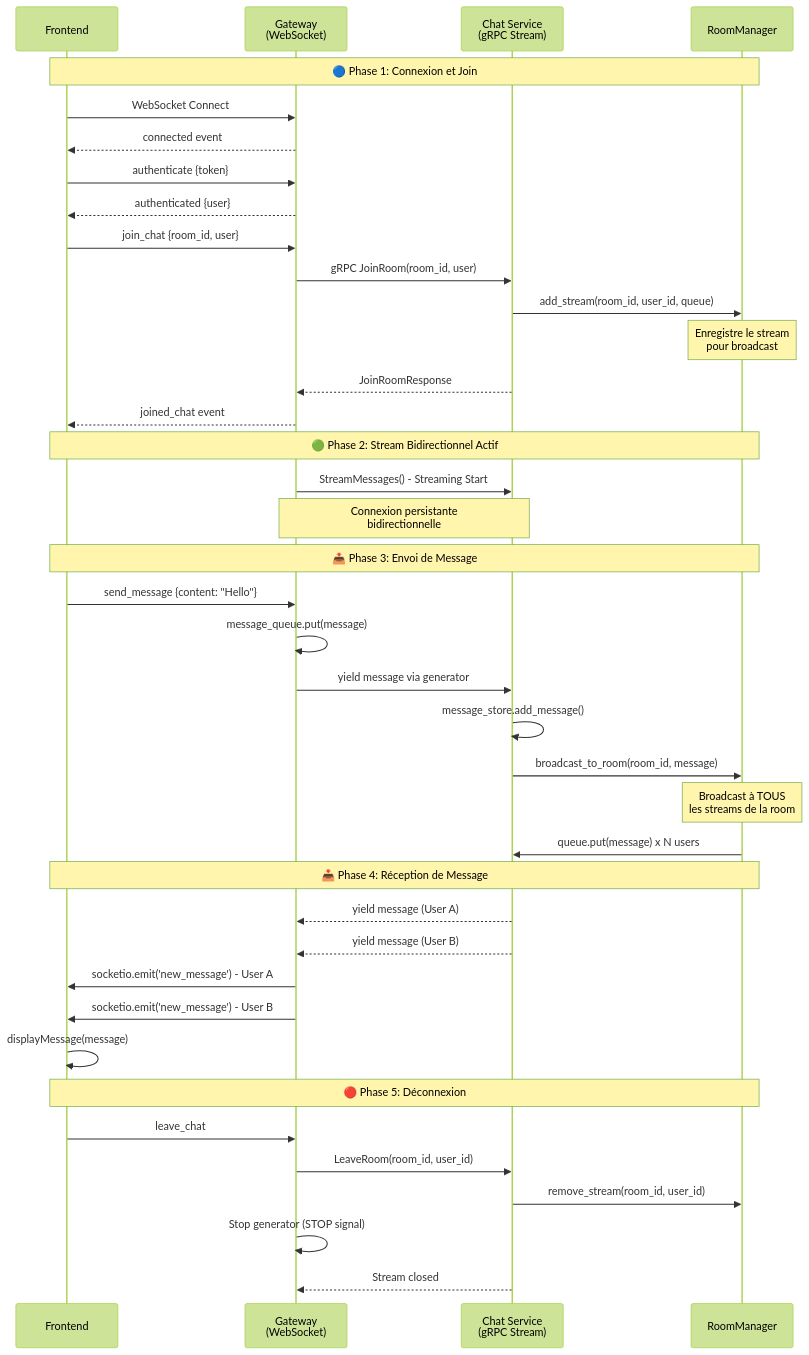
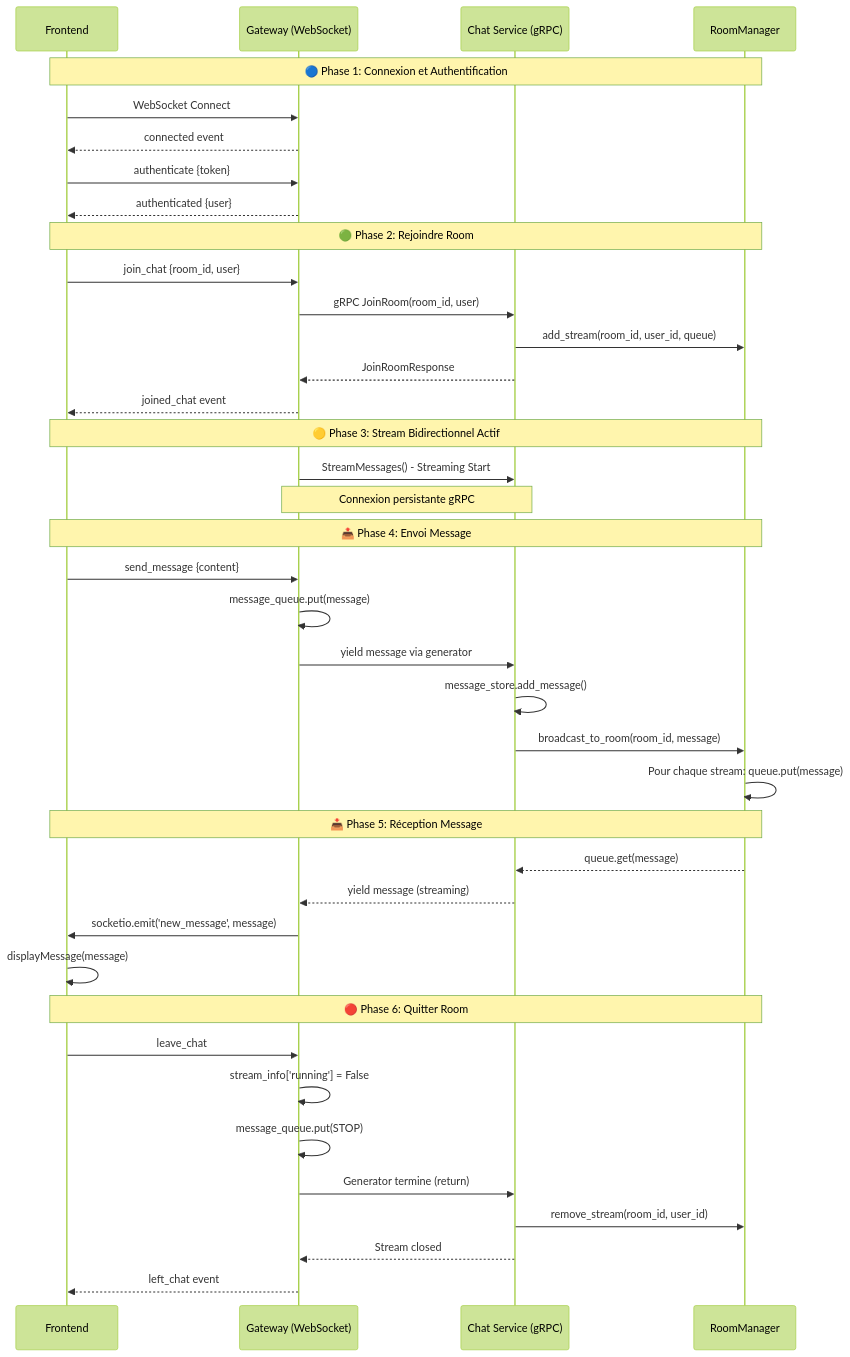
Before and after one commit to senisonn/tp-grpc-fyc-python: the second of 2 diagrams in README.md, drawn with Mermaid (forest theme). The commit also changed other lines of this file, not shown here.

````diff
--- a/README.md
+++ b/README.md
@@ -129,58 +445,53 @@
 ```mermaid
 sequenceDiagram
     participant F as Frontend
-    participant G as Gateway<br/>(WebSocket)
-    participant C as Chat Service<br/>(gRPC Stream)
+    participant G as Gateway (WebSocket)
+    participant C as Chat Service (gRPC)
     participant R as RoomManager
 
-    Note over F,R: 🔵 Phase 1: Connexion et Join
-
+    Note over F,R: 🔵 Phase 1: Connexion et Authentification
+    
     F->>G: WebSocket Connect
     G-->>F: connected event
-    
     F->>G: authenticate {token}
     G-->>F: authenticated {user}
+    
+    Note over F,R: 🟢 Phase 2: Rejoindre Room
     
     F->>G: join_chat {room_id, user}
     G->>C: gRPC JoinRoom(room_id, user)
     C->>R: add_stream(room_id, user_id, queue)
-    Note over R: Enregistre le stream<br/>pour broadcast
     C-->>G: JoinRoomResponse
     G-->>F: joined_chat event
     
-    Note over F,R: 🟢 Phase 2: Stream Bidirectionnel Actif
-
+    Note over F,R: 🟡 Phase 3: Stream Bidirectionnel Actif
+    
     G->>C: StreamMessages() - Streaming Start
-    Note over G,C: Connexion persistante<br/>bidirectionnelle
+    Note over G,C: Connexion persistante gRPC
     
-    Note over F,R: 📤 Phase 3: Envoi de Message
-
-    F->>G: send_message {content: "Hello"}
+    Note over F,R: 📤 Phase 4: Envoi Message
+    
+    F->>G: send_message {content}
     G->>G: message_queue.put(message)
     G->>C: yield message via generator
-    
     C->>C: message_store.add_message()
     C->>R: broadcast_to_room(room_id, message)
+    R->>R: Pour chaque stream: queue.put(message)
     
-    Note over R: Broadcast à TOUS<br/>les streams de la room
+    Note over F,R: 📥 Phase 5: Réception Message
     
-    R->>C: queue.put(message) x N users
-    
-    Note over F,R: 📥 Phase 4: Réception de Message
-
-    C-->>G: yield message (User A)
-    C-->>G: yield message (User B)
-    
-    G->>F: socketio.emit('new_message') - User A
-    G->>F: socketio.emit('new_message') - User B
-    
+    R-->>C: queue.get(message)
+    C-->>G: yield message (streaming)
+    G->>F: socketio.emit('new_message', message)
     F->>F: displayMessage(message)
     
-    Note over F,R: 🔴 Phase 5: Déconnexion
-
+    Note over F,R: 🔴 Phase 6: Quitter Room
+    
     F->>G: leave_chat
-    G->>C: LeaveRoom(room_id, user_id)
+    G->>G: stream_info['running'] = False
+    G->>G: message_queue.put(STOP)
+    G->>C: Generator termine (return)
     C->>R: remove_stream(room_id, user_id)
-    G->>G: Stop generator (STOP signal)
     C-->>G: Stream closed
+    G-->>F: left_chat event
 ```
````
